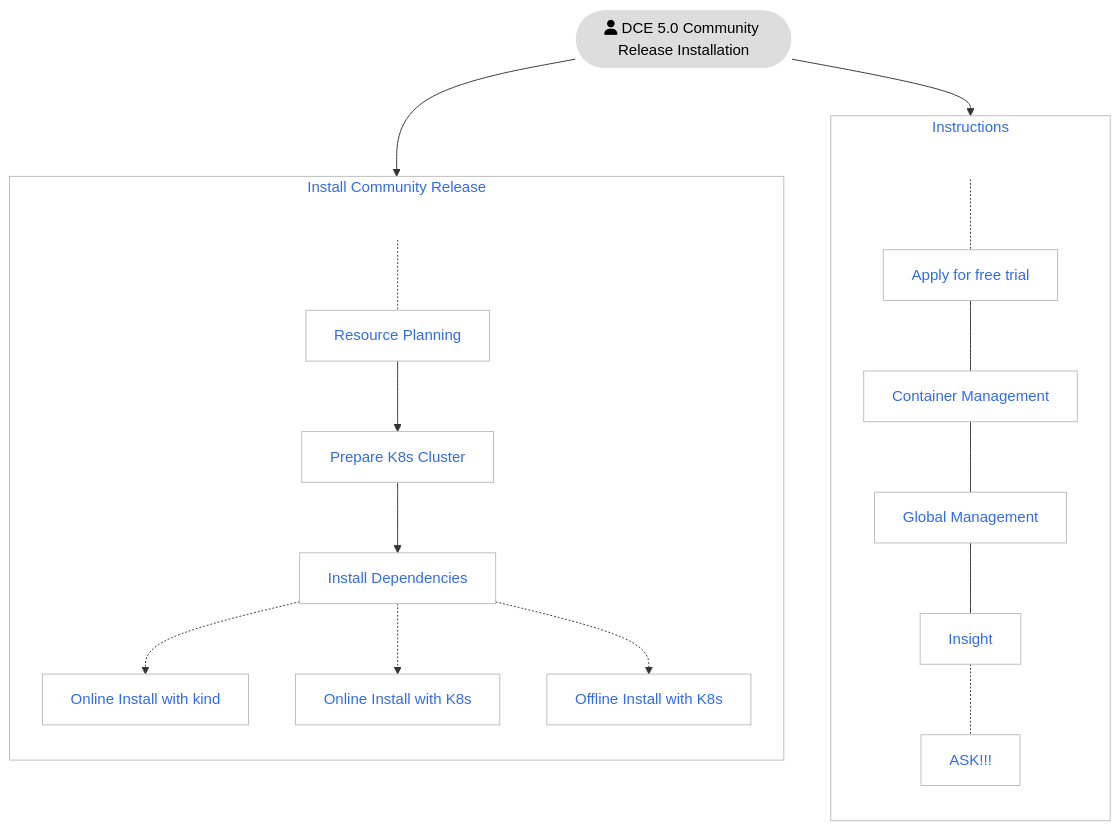
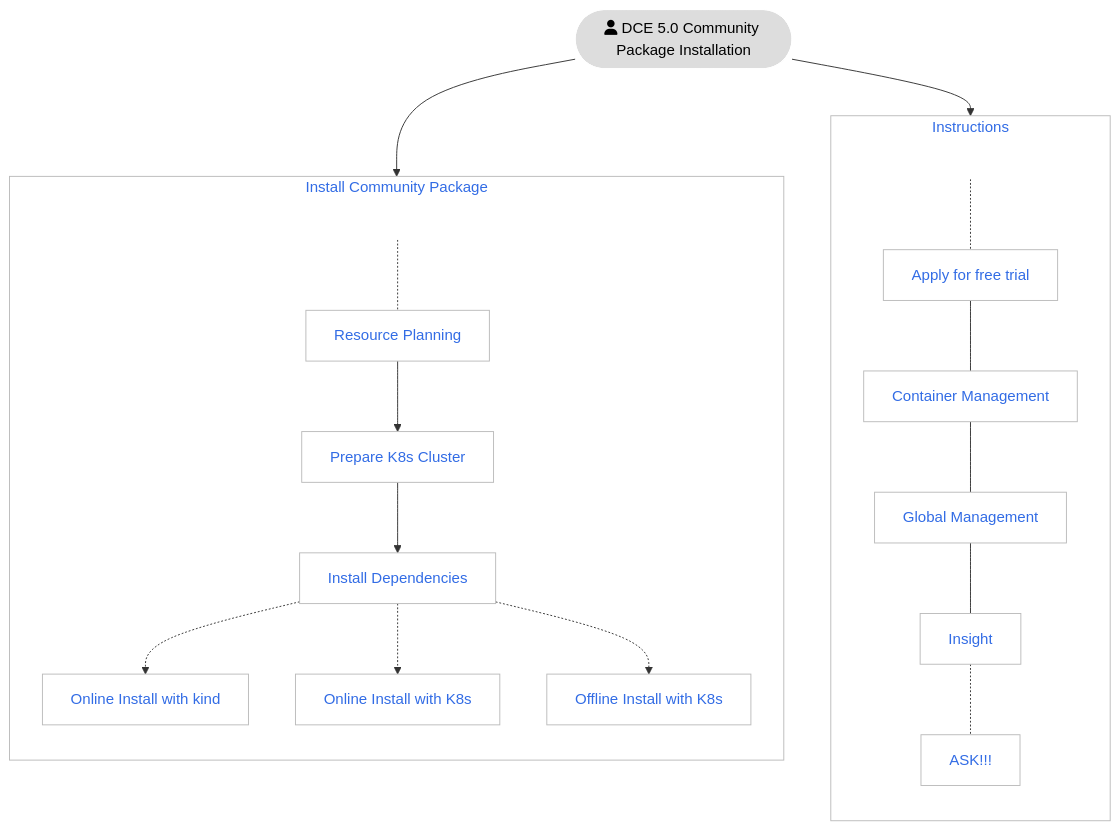
The first of 2 diagrams in docs/en/docs/install/intro.md (DaoCloud/DaoCloud-docs), drawn with Mermaid before and after one commit. The commit also changed other lines of this file and 37 other files, not shown here.

````diff
--- a/docs/en/docs/install/intro.md
+++ b/docs/en/docs/install/intro.md
@@ -18,49 +18,49 @@
 ```mermaid
 flowchart TB
 
 subgraph second[Instructions]
     direction TB
     U[ ] -.-
     free[Apply for free trial] --- kpanda[Container Management]
     kpanda --- ghippo[Global Management]
     ghippo --- insight[Insight]
     insight -.- ask[ASK!!!]
 end
 
-subgraph first[Install Community Release]
+subgraph first[Install Community Package]
     direction TB
     S[ ] -.-
     plan[Resource Planning] --> k8s[Prepare K8s Cluster] 
     k8s --> tools[Install Dependencies]
     tools -.-> kind[Online Install with kind]
     tools -.-> s1[Online Install with K8s]
     tools -.-> s2[Offline Install with K8s]
 end
 
-start([fa:fa-user DCE 5.0 Community Release Installation]) --> first
+start([fa:fa-user DCE 5.0 Community Package Installation]) --> first
 start --> second
 
 classDef grey fill:#dddddd,stroke:#ffffff,stroke-width:px,color:#000000, font-size:15px;
 classDef white fill:#ffffff,stroke:#000,stroke-width:px,color:#000,font-weight:bold
 classDef spacewhite fill:#ffffff,stroke:#fff,stroke-width:0px,color:#000
 classDef plain fill:#ddd,stroke:#fff,stroke-width:1px,color:#000;
 classDef k8s fill:#326ce5,stroke:#fff,stroke-width:1px,color:#fff;
 classDef cluster fill:#fff,stroke:#bbb,stroke-width:1px,color:#326ce5;
 
 class plan,k8s,tools,kind,s1,s2,kpanda,ghippo,insight,free,ask cluster;
 class start plain
 class S,U spacewhite
 
 click plan "https://docs.daocloud.io/en/install/community/resources/"
 click k8s "https://docs.daocloud.io/en/install/community/kind/online/#kind"
 click tools "https://docs.daocloud.io/en/install/install-tools/"
 click kind "https://docs.daocloud.io/en/install/community/kind/online/"
 click s1 "https://docs.daocloud.io/en/install/community/k8s/online/"
 click s2 "https://docs.daocloud.io/en/install/community/k8s/offline/"
 
 click kpanda "https://docs.daocloud.io/en/kpanda/intro/what/"
 click ghippo "https://docs.daocloud.io/en/ghippo/intro/what/"
 click insight "https://docs.daocloud.io/en/insight/intro/what/"
 click free "https://docs.daocloud.io/en/dce/license0/"
 click ask "https://docs.daocloud.io/en/install/intro/#contact-us"
 ```
````
